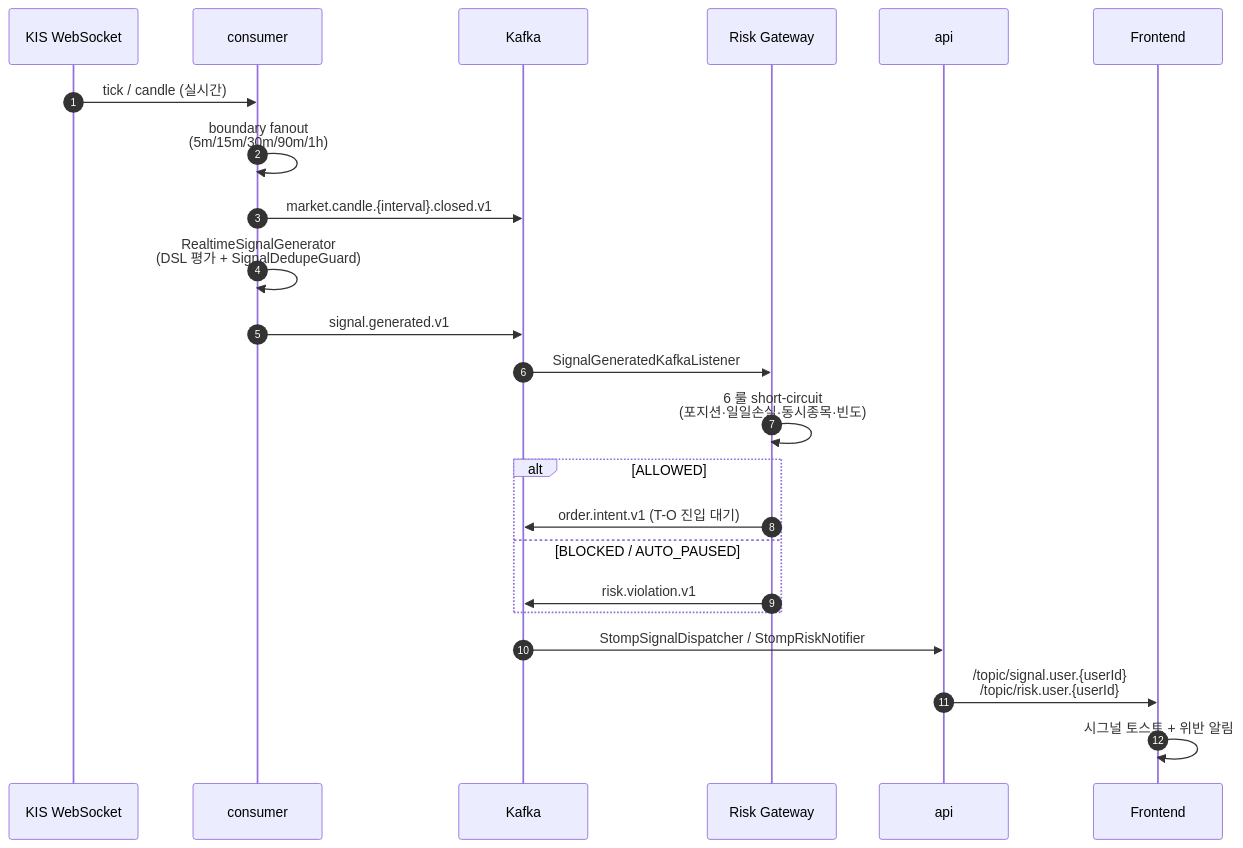
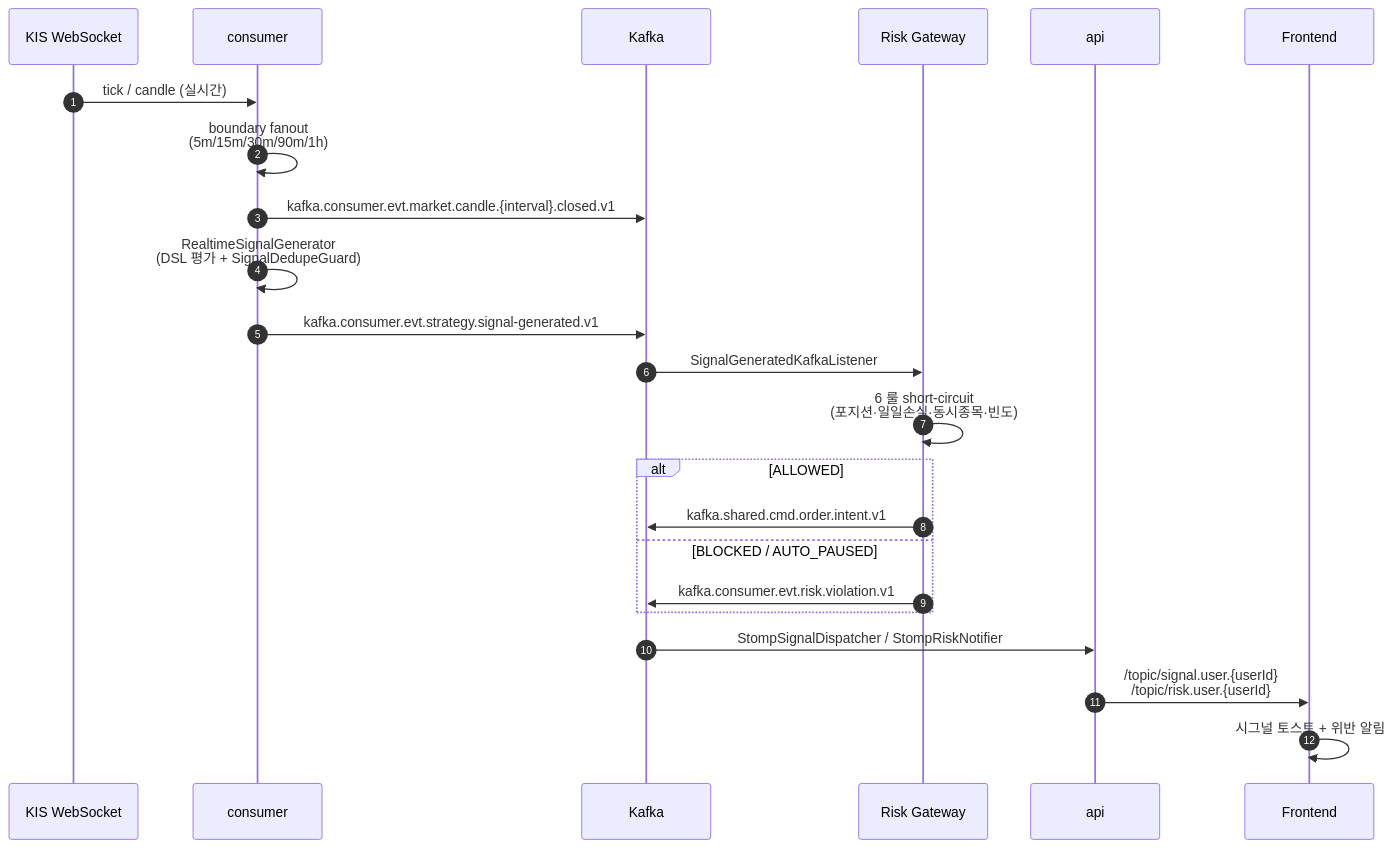
Before and after one commit to sp-daewoon/magicJar: the fourth of 5 diagrams in README.md, drawn with Mermaid. The commit also changed other lines of this file and 24 other files, not shown here.

````diff
--- a/README.md
+++ b/README.md
@@ -312,26 +322,26 @@
 ```mermaid
 sequenceDiagram
     autonumber
     participant KIS as KIS WebSocket
     participant CONS as consumer
     participant K as Kafka
     participant RISK as Risk Gateway
     participant API as api
     participant FE as Frontend
 
     KIS->>CONS: tick / candle (실시간)
     CONS->>CONS: boundary fanout<br/>(5m/15m/30m/90m/1h)
-    CONS->>K: market.candle.{interval}.closed.v1
+    CONS->>K: kafka.consumer.evt.market.candle.{interval}.closed.v1
     CONS->>CONS: RealtimeSignalGenerator<br/>(DSL 평가 + SignalDedupeGuard)
-    CONS->>K: signal.generated.v1
+    CONS->>K: kafka.consumer.evt.strategy.signal-generated.v1
     K->>RISK: SignalGeneratedKafkaListener
     RISK->>RISK: 6 룰 short-circuit<br/>(포지션·일일손실·동시종목·빈도)
     alt ALLOWED
-        RISK->>K: order.intent.v1 (T-O 진입 대기)
+        RISK->>K: kafka.shared.cmd.order.intent.v1
     else BLOCKED / AUTO_PAUSED
-        RISK->>K: risk.violation.v1
+        RISK->>K: kafka.consumer.evt.risk.violation.v1
     end
     K->>API: StompSignalDispatcher / StompRiskNotifier
     API->>FE: /topic/signal.user.{userId}<br/>/topic/risk.user.{userId}
     FE->>FE: 시그널 토스트 + 위반 알림
 ```
````
